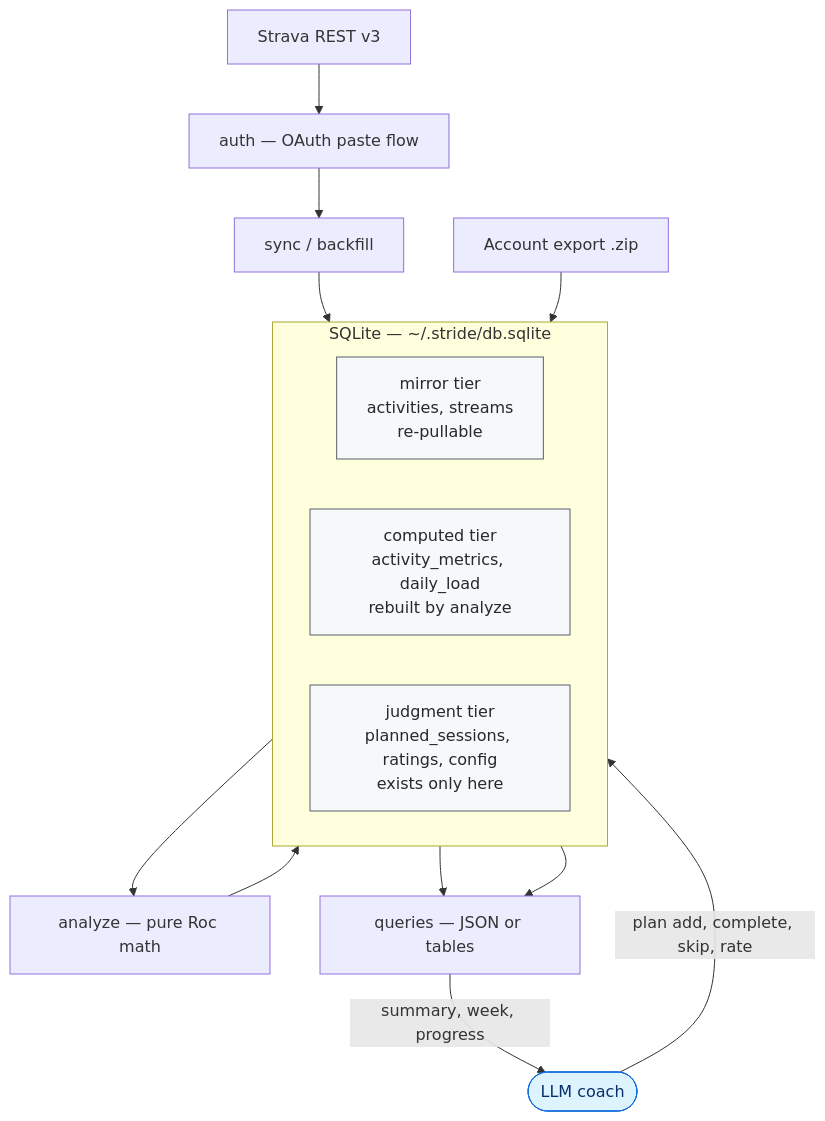
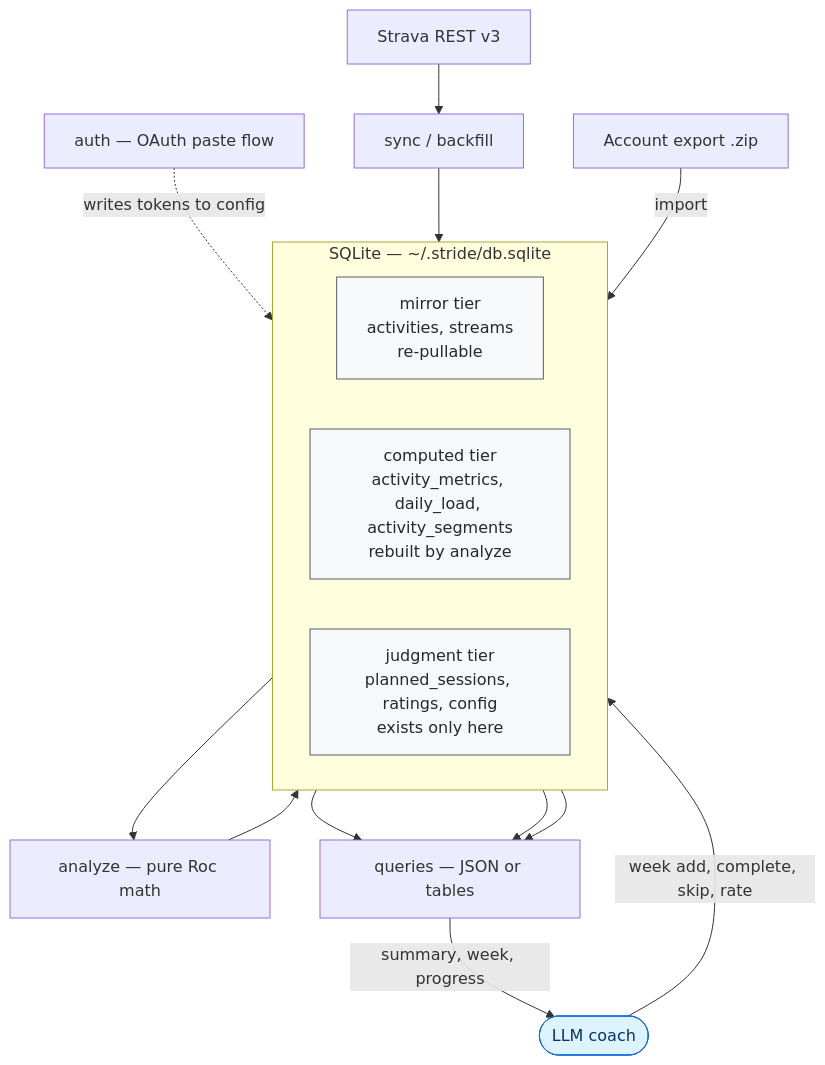
One commit to eschizoid/stride changed the diagram in README.md. Above: the diagram before and after it, drawn with Mermaid. The commit also changed other lines of this file and 3 other files, not shown here.

````diff
--- a/README.md
+++ b/README.md
@@ -291,31 +305,33 @@
 ```mermaid
 flowchart TD
     strava["Strava REST v3"]
     export["Account export .zip"]
     auth["auth — OAuth paste flow"]
     sync["sync / backfill"]
 
     subgraph db["SQLite — ~/.stride/db.sqlite"]
         direction LR
         mirror["mirror tier<br>activities, streams<br>re-pullable"]
-        computed["computed tier<br>activity_metrics, daily_load<br>rebuilt by analyze"]
+        computed["computed tier<br>activity_metrics, daily_load, activity_segments<br>rebuilt by analyze"]
         judgment["judgment tier<br>planned_sessions, ratings, config<br>exists only here"]
     end
 
     analyze["analyze — pure Roc math"]
     queries["queries — JSON or tables"]
     coach(["LLM coach"])
 
-    strava --> auth --> sync --> mirror
-    export --> mirror
+    auth -.->|"writes tokens to config"| judgment
+    strava --> sync --> mirror
+    export -->|"import"| mirror
     mirror --> analyze --> computed
+    mirror --> queries
     computed --> queries
     judgment --> queries
     queries -->|"summary, week, progress"| coach
-    coach -->|"plan add, complete, skip, rate"| judgment
+    coach -->|"week add, complete, skip, rate"| judgment
 
     classDef tier fill:#f6f8fa,stroke:#57606a,color:#24292f
     classDef actor fill:#ddf4ff,stroke:#0969da,color:#0a3069
     class mirror,computed,judgment tier
     class coach actor
 ```
````
